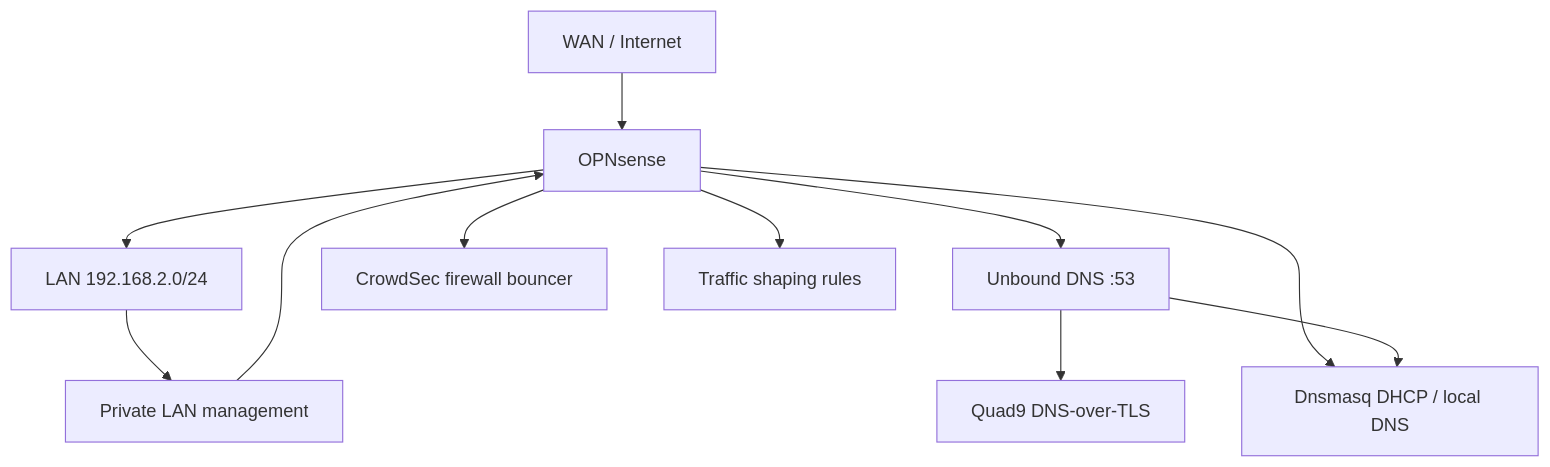
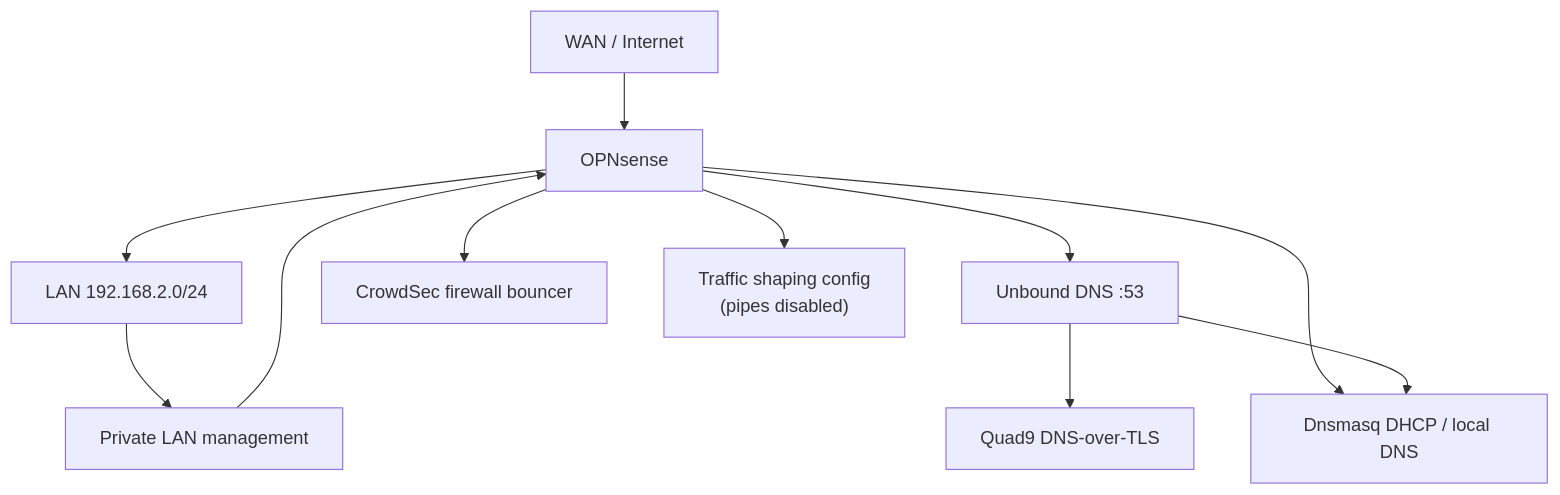
One commit to srkyn/home-network-security changed the diagram in docs/architecture.md. Above: the diagram before and after it, drawn with Mermaid. The commit also changed 2 other files, not shown here.

Commit message:
Clarify traffic shaping status

````diff
--- a/docs/architecture.md
+++ b/docs/architecture.md
@@ -29,13 +29,13 @@
 ```mermaid
 flowchart TD
     WAN["WAN / Internet"] --> FW["OPNsense"]
     FW --> LAN["LAN 192.168.2.0/24"]
     FW --> UNBOUND["Unbound DNS :53"]
     FW --> DNSMASQ["Dnsmasq DHCP / local DNS"]
     FW --> CROWDSEC["CrowdSec firewall bouncer"]
-    FW --> SHAPER["Traffic shaping rules"]
+    FW --> SHAPER["Traffic shaping config<br/>(pipes disabled)"]
     UNBOUND --> QUAD9["Quad9 DNS-over-TLS"]
     UNBOUND --> DNSMASQ
     LAN --> MGMT["Private LAN management"]
     MGMT --> FW
 ```
````
